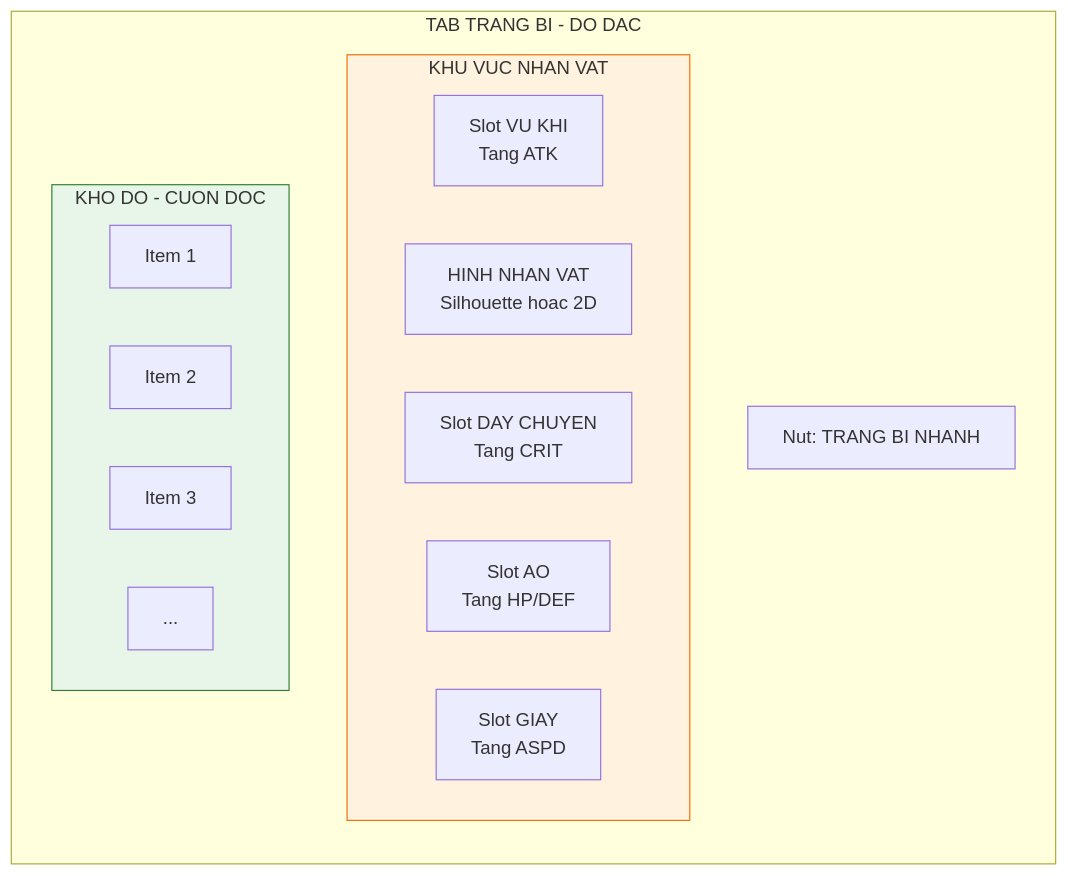
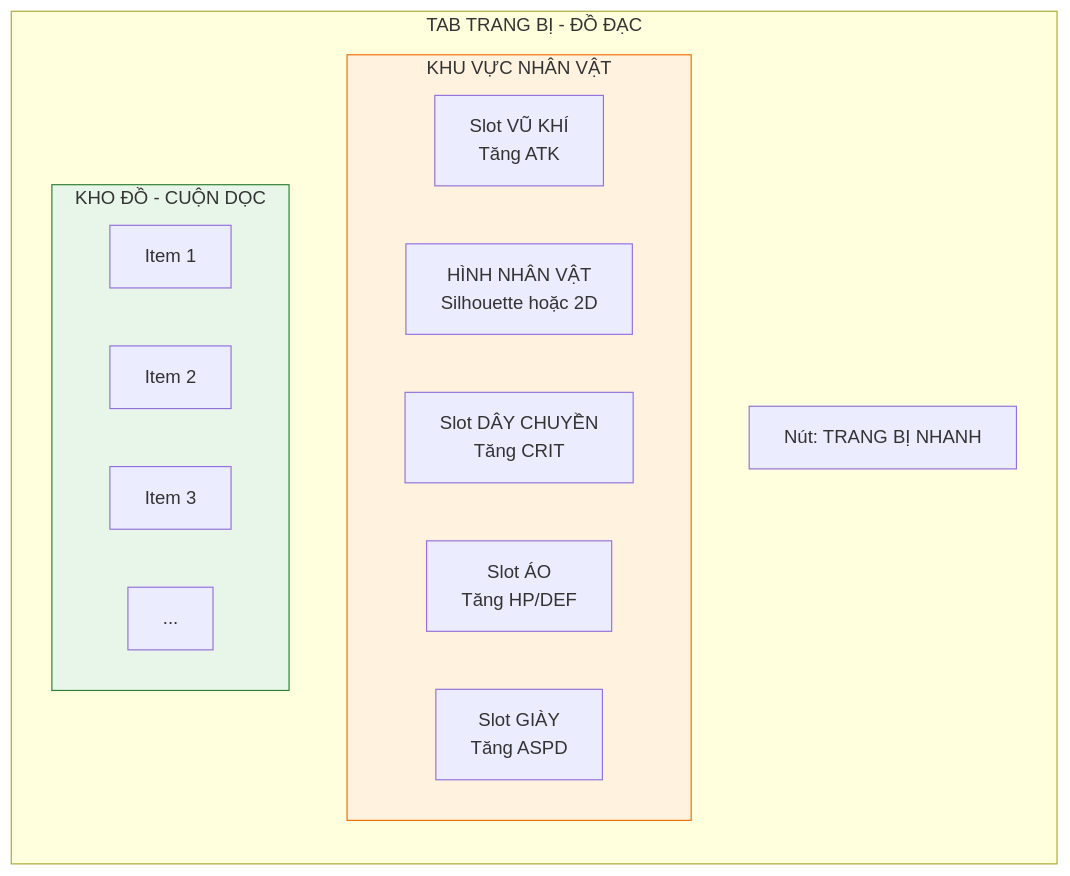
The third of 6 diagrams in docs/cac-chuc-nang-chinh-va-bo-cuc.md (luantran-working/idlegame-designdocs), drawn with Mermaid before and after one commit. The commit also changed other lines of this file and 16 other files, not shown here.

Commit message:
feat: Introduce extensive game design documentation covering game systems, UI, and roadmap, and enable Mermaid diagram support in Docusaurus.

````diff
--- a/docs/cac-chuc-nang-chinh-va-bo-cuc.md
+++ b/docs/cac-chuc-nang-chinh-va-bo-cuc.md
@@ -160,28 +160,28 @@
 ```mermaid
 flowchart TB
-    subgraph EquipTab["TAB TRANG BI - DO DAC"]
+    subgraph EquipTab["TAB TRANG BỊ - ĐỒ ĐẠC"]
         direction TB
 
-        subgraph CharArea["KHU VUC NHAN VAT"]
+        subgraph CharArea["KHU VỰC NHÂN VẬT"]
             direction LR
-            Weapon["Slot VU KHI<br/>Tang ATK"]
-            Char["HINH NHAN VAT<br/>Silhouette hoac 2D"]
-            Necklace["Slot DAY CHUYEN<br/>Tang CRIT"]
-            Armor["Slot AO<br/>Tang HP/DEF"]
-            Boots["Slot GIAY<br/>Tang ASPD"]
+            Weapon["Slot VŨ KHÍ<br/>Tăng ATK"]
+            Char["HÌNH NHÂN VẬT<br/>Silhouette hoặc 2D"]
+            Necklace["Slot DÂY CHUYỀN<br/>Tăng CRIT"]
+            Armor["Slot ÁO<br/>Tăng HP/DEF"]
+            Boots["Slot GIÀY<br/>Tăng ASPD"]
         end
 
-        AutoBtn["Nut: TRANG BI NHANH"]
+        AutoBtn["Nút: TRANG BỊ NHANH"]
 
-        subgraph Inventory["KHO DO - CUON DOC"]
+        subgraph Inventory["KHO ĐỒ - CUỘN DỌC"]
             direction LR
             Item1["Item 1"]
             Item2["Item 2"]
             Item3["Item 3"]
             More["..."]
         end
     end
 
     style CharArea fill:#fff3e0,stroke:#ef6c00,stroke-width:1px
     style Inventory fill:#e8f5e9,stroke:#2e7d32,stroke-width:1px
 ```
````
